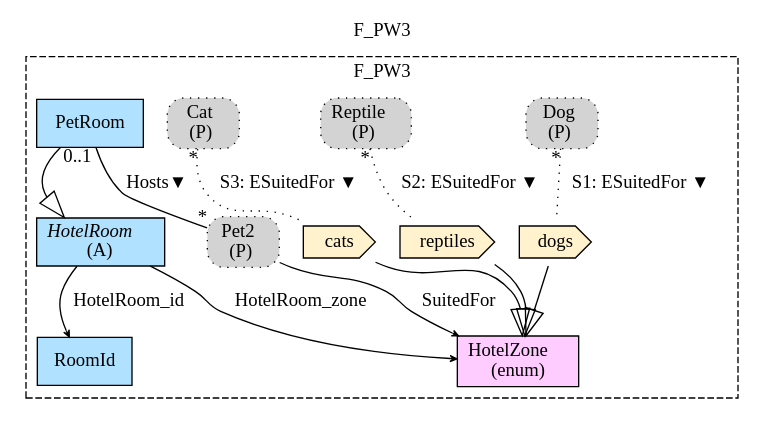
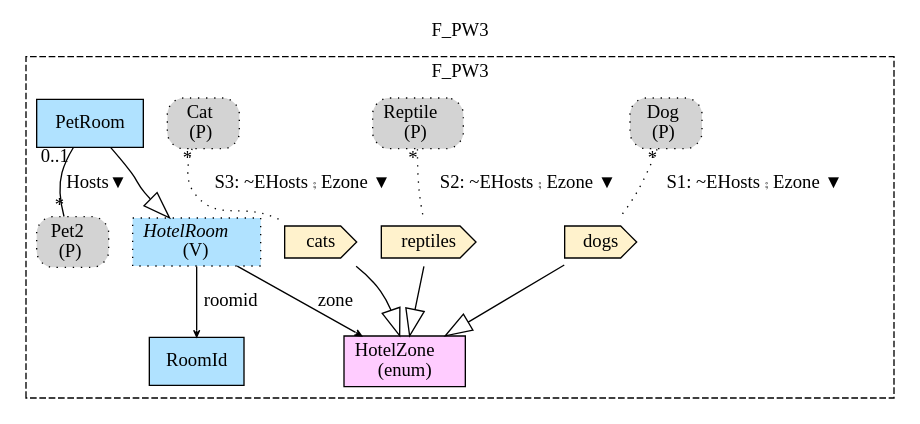
Before and after one commit to namalio/Fragmenta: the diagram in Haskell/FragmentaTests/PetsWorld/img/F_PW3.gv, drawn with Graphviz. The commit also changed 25 other files, not shown here.

```diff
--- a/Haskell/FragmentaTests/PetsWorld/img/F_PW3.gv
+++ b/Haskell/FragmentaTests/PetsWorld/img/F_PW3.gv
@@ -1,32 +1,31 @@
 digraph {graph[label=F_PW3,labelloc=tl,labelfontsize=12];
 subgraph cluster_F_PW3{style=dashed;label=F_PW3;
 "PPet2"[shape=box,fillcolor=lightgray,style ="rounded,filled,dotted",label=<Pet2<br/>(P)>];
 "RoomId"[shape=record,fillcolor=lightskyblue1,style = filled,label="RoomId"];
 "HotelZone"[shape=record,fillcolor="#FFCCFF",style = filled,label="HotelZone\l(enum)"];
 "PDog"[shape=box,fillcolor=lightgray,style ="rounded,filled,dotted",label=<Dog<br/>(P)>];
 "dogs"[shape=cds,fillcolor="#FFF2CC",style = filled,label="dogs"];
 "PReptile"[shape=box,fillcolor=lightgray,style ="rounded,filled,dotted",label=<Reptile<br/>(P)>];
 "reptiles"[shape=cds,fillcolor="#FFF2CC",style = filled,label="reptiles"];
 "PCat"[shape=box,fillcolor=lightgray,style ="rounded,filled,dotted",label=<Cat<br/>(P)>];
 "cats"[shape=cds,fillcolor="#FFF2CC",style = filled,label="cats"];
 "PetRoom"[shape=record,fillcolor=lightskyblue1,style = filled,label="PetRoom"];
-"HotelRoom"[shape=record,fillcolor=lightskyblue1,style = filled,label=<{<I>HotelRoom</I><br/>(A)}>];
+"HotelRoom"[shape=record,fillcolor=lightskyblue1,style ="filled,dotted",label=<{<I>HotelRoom</I><br/>(V)}>];
 
 "dogs"->"HotelZone"[arrowhead=onormal,arrowsize=2.0];
 "reptiles"->"HotelZone"[arrowhead=onormal,arrowsize=2.0];
 "cats"->"HotelZone"[arrowhead=onormal,arrowsize=2.0];
 "PetRoom"->"PPet2"[label="Hosts▼",dir=none,taillabel="0..1",headlabel="*"];
-"PPet2"->"HotelZone"[label="SuitedFor",arrowhead=vee,headlabel="",arrowsize=.5];
-"HotelRoom"->"RoomId"[label="HotelRoom_id",arrowhead=vee,headlabel="",arrowsize=.5];
-"HotelRoom"->"HotelZone"[label="HotelRoom_zone",arrowhead=vee,headlabel="",arrowsize=.5];
-"PDog"->"dogs"[label="S1: ESuitedFor ▼",dir=none,taillabel="*",headlabel="",style=dotted];
-"PReptile"->"reptiles"[label="S2: ESuitedFor ▼",dir=none,taillabel="*",headlabel="",style=dotted];
-"PCat"->"cats"[label="S3: ESuitedFor ▼",dir=none,taillabel="*",headlabel="",style=dotted];
+"HotelRoom"->"RoomId"[label="roomid",arrowhead=vee,headlabel="",arrowsize=.5];
+"HotelRoom"->"HotelZone"[label="zone",arrowhead=vee,headlabel="",arrowsize=.5];
+"PDog"->"dogs"[label="S1: ~EHosts ⨾ Ezone ▼",dir=none,taillabel="*",headlabel="",style=dotted];
+"PReptile"->"reptiles"[label="S2: ~EHosts ⨾ Ezone ▼",dir=none,taillabel="*",headlabel="",style=dotted];
+"PCat"->"cats"[label="S3: ~EHosts ⨾ Ezone ▼",dir=none,taillabel="*",headlabel="",style=dotted];
 "PetRoom"->"HotelRoom"[arrowhead=onormal,arrowsize=2.0];
 
 }
 
 
 
 
 }
```
